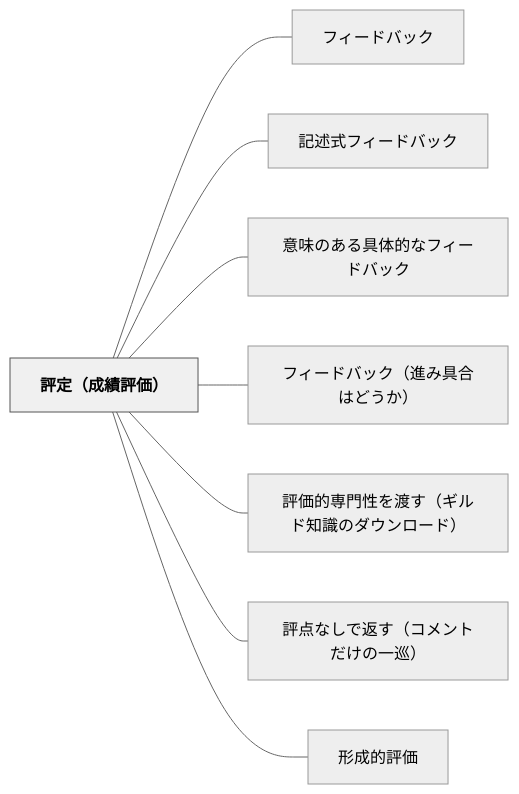
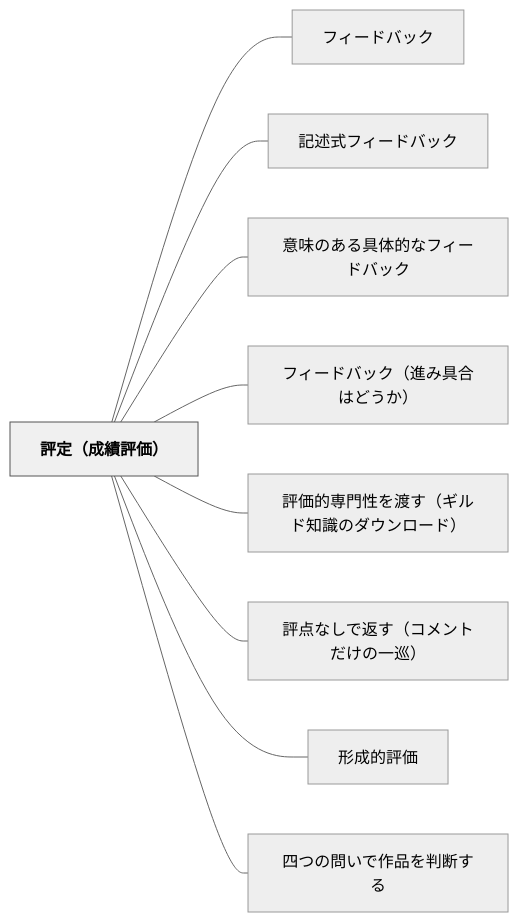
One commit to unknownthings-ed-patterns/unknownthings-ed-patterns changed the diagram in content/パタン/評定（成績評価）.md. Above: the diagram before and after it, drawn with Mermaid (neutral theme). The commit also changed other lines of this file and 18 other files, not shown here.

````diff
--- a/content/パタン/評定（成績評価）.md
+++ b/content/パタン/評定（成績評価）.md
@@ -110,22 +111,24 @@
 ```mermaid
 flowchart LR
     ne8a995e5ae9aefbc88e68890e7b8bee8a995e4bea1efbc89["評定（成績評価）"]
     ne38395e382a3e383bce38389e38390e38383e382af["フィードバック"]
     ne8a898e8bfb0e5bc8fe38395e382a3e383bce38389e38390e38383e382af["記述式フィードバック"]
     ne6848fe591b3e381aee38182e3828be585b7e4bd93e79a84e381aae38395e382a3e383bce38389e38390e38383e382af["意味のある具体的なフィードバック"]
     ne38395e382a3e383bce38389e38390e38383e382afefbc88e980b2e381bfe585b7e59088e381afe381a9e38186e3818befbc89["フィードバック（進み具合はどうか）"]
     ne8a995e4bea1e79a84e5b082e99680e680a7e38292e6b8a1e38199efbc88e382aee383abe38389e79fa5e8ad98e381aee38380e382a6e383b3e383ade383bce38389efbc89["評価的専門性を渡す（ギルド知識のダウンロード）"]
     ne8a995e782b9e381aae38197e381a7e8bf94e38199efbc88e382b3e383a1e383b3e38388e381a0e38191e381aee4b880e5b7a1efbc89["評点なしで返す（コメントだけの一巡）"]
     ne5bda2e68890e79a84e8a995e4bea1["形成的評価"]
+    ne59b9be381a4e381aee5958fe38184e381a7e4bd9ce59381e38292e588a4e696ade38199e3828b["四つの問いで作品を判断する"]
 
     ne8a995e5ae9aefbc88e68890e7b8bee8a995e4bea1efbc89 --- ne38395e382a3e383bce38389e38390e38383e382af
     ne8a995e5ae9aefbc88e68890e7b8bee8a995e4bea1efbc89 --- ne8a898e8bfb0e5bc8fe38395e382a3e383bce38389e38390e38383e382af
     ne8a995e5ae9aefbc88e68890e7b8bee8a995e4bea1efbc89 --- ne6848fe591b3e381aee38182e3828be585b7e4bd93e79a84e381aae38395e382a3e383bce38389e38390e38383e382af
     ne8a995e5ae9aefbc88e68890e7b8bee8a995e4bea1efbc89 --- ne38395e382a3e383bce38389e38390e38383e382afefbc88e980b2e381bfe585b7e59088e381afe381a9e38186e3818befbc89
     ne8a995e5ae9aefbc88e68890e7b8bee8a995e4bea1efbc89 --- ne8a995e4bea1e79a84e5b082e99680e680a7e38292e6b8a1e38199efbc88e382aee383abe38389e79fa5e8ad98e381aee38380e382a6e383b3e383ade383bce38389efbc89
     ne8a995e5ae9aefbc88e68890e7b8bee8a995e4bea1efbc89 --- ne8a995e782b9e381aae38197e381a7e8bf94e38199efbc88e382b3e383a1e383b3e38388e381a0e38191e381aee4b880e5b7a1efbc89
     ne8a995e5ae9aefbc88e68890e7b8bee8a995e4bea1efbc89 --- ne5bda2e68890e79a84e8a995e4bea1
+    ne8a995e5ae9aefbc88e68890e7b8bee8a995e4bea1efbc89 --- ne59b9be381a4e381aee5958fe38184e381a7e4bd9ce59381e38292e588a4e696ade38199e3828b
 
     classDef hub fill:#f0f0f0,stroke:#555,color:#000,font-weight:bold
     class ne8a995e5ae9aefbc88e68890e7b8bee8a995e4bea1efbc89 hub
 ```
````
